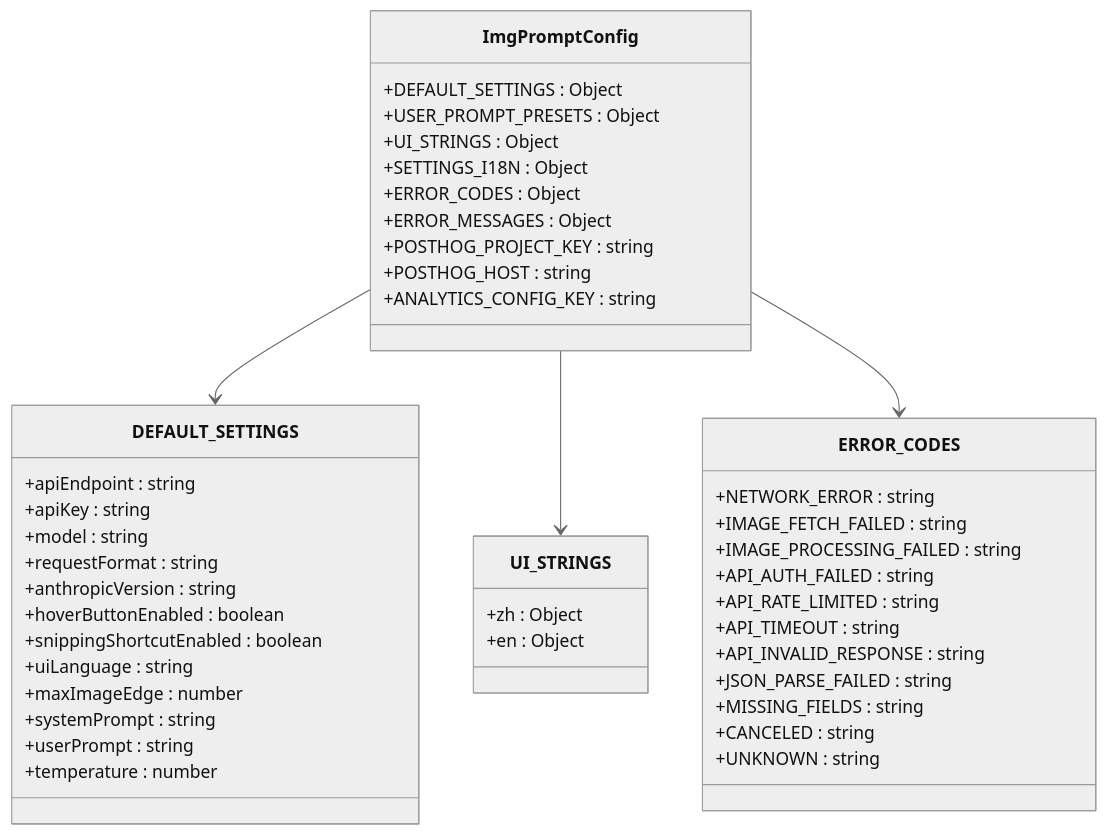
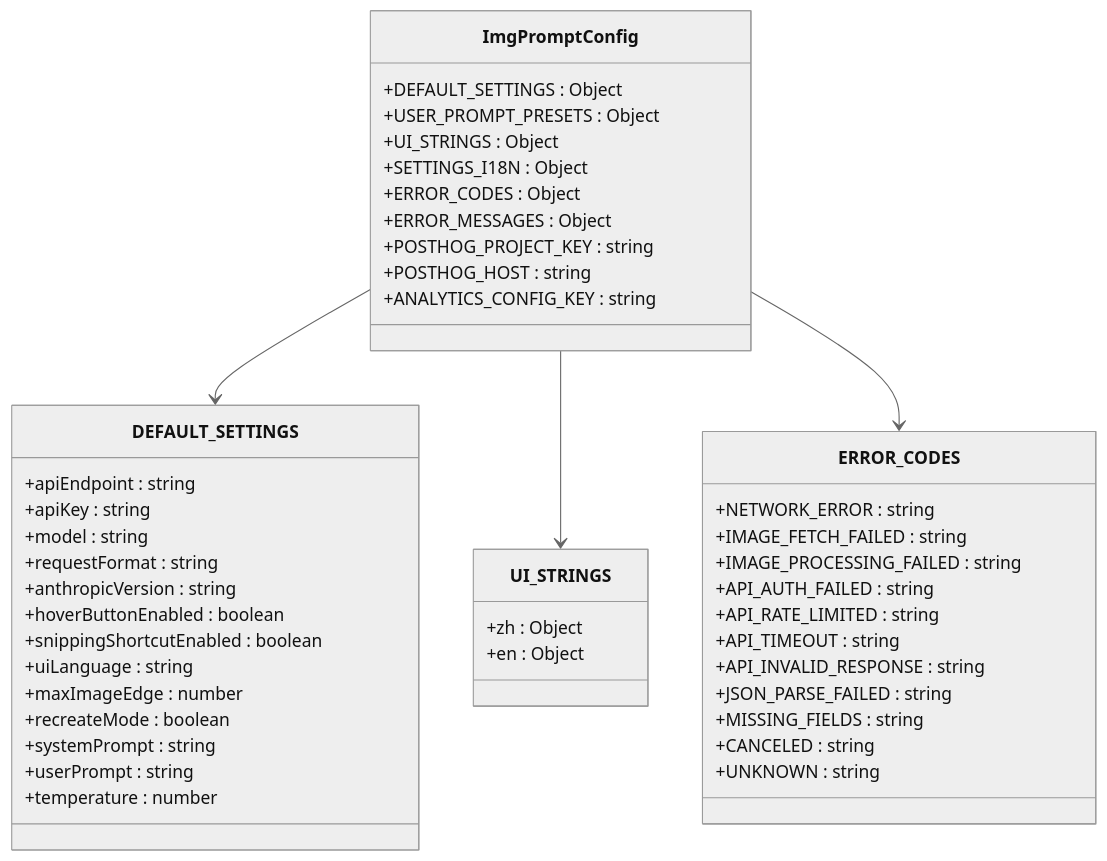
The second of 15 diagrams in .qoder/repowiki/zh/content/开发指南/功能开发/配置管理开发.md (binasi/Img2Prompt), drawn with Mermaid (neutral theme) before and after one commit. The commit also changed other lines of this file and 2 other files, not shown here.

````diff
--- a/.qoder/repowiki/zh/content/开发指南/功能开发/配置管理开发.md
+++ b/.qoder/repowiki/zh/content/开发指南/功能开发/配置管理开发.md
@@ -81,48 +89,49 @@
 ```mermaid
 classDiagram
 class ImgPromptConfig {
 +DEFAULT_SETTINGS : Object
 +USER_PROMPT_PRESETS : Object
 +UI_STRINGS : Object
 +SETTINGS_I18N : Object
 +ERROR_CODES : Object
 +ERROR_MESSAGES : Object
 +POSTHOG_PROJECT_KEY : string
 +POSTHOG_HOST : string
 +ANALYTICS_CONFIG_KEY : string
 }
 class DEFAULT_SETTINGS {
 +apiEndpoint : string
 +apiKey : string
 +model : string
 +requestFormat : string
 +anthropicVersion : string
 +hoverButtonEnabled : boolean
 +snippingShortcutEnabled : boolean
 +uiLanguage : string
 +maxImageEdge : number
++recreateMode : boolean
 +systemPrompt : string
 +userPrompt : string
 +temperature : number
 }
 class UI_STRINGS {
 +zh : Object
 +en : Object
 }
 class ERROR_CODES {
 +NETWORK_ERROR : string
 +IMAGE_FETCH_FAILED : string
 +IMAGE_PROCESSING_FAILED : string
 +API_AUTH_FAILED : string
 +API_RATE_LIMITED : string
 +API_TIMEOUT : string
 +API_INVALID_RESPONSE : string
 +JSON_PARSE_FAILED : string
 +MISSING_FIELDS : string
 +CANCELED : string
 +UNKNOWN : string
 }
 ImgPromptConfig --> DEFAULT_SETTINGS
 ImgPromptConfig --> UI_STRINGS
 ImgPromptConfig --> ERROR_CODES
 ```
````
